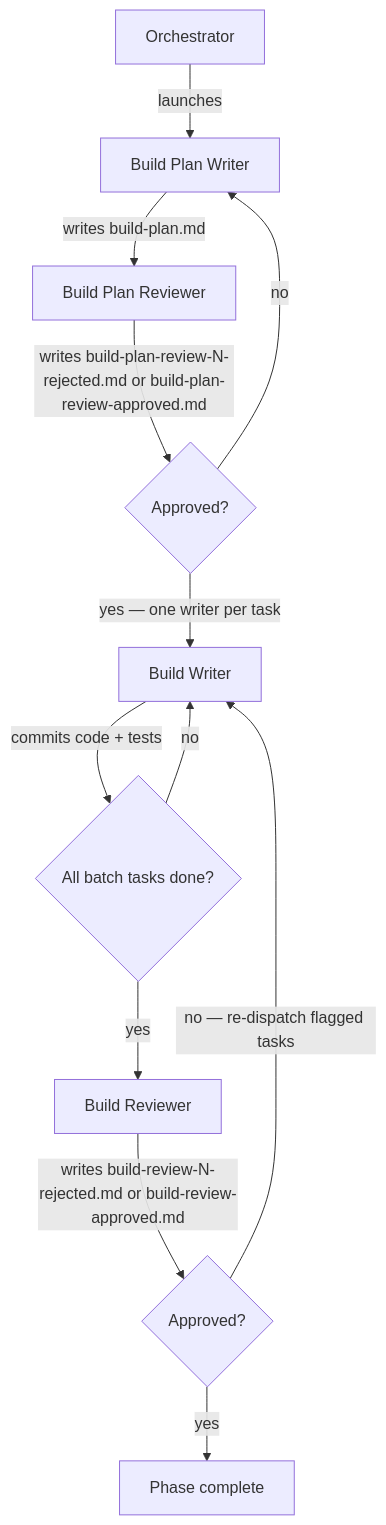
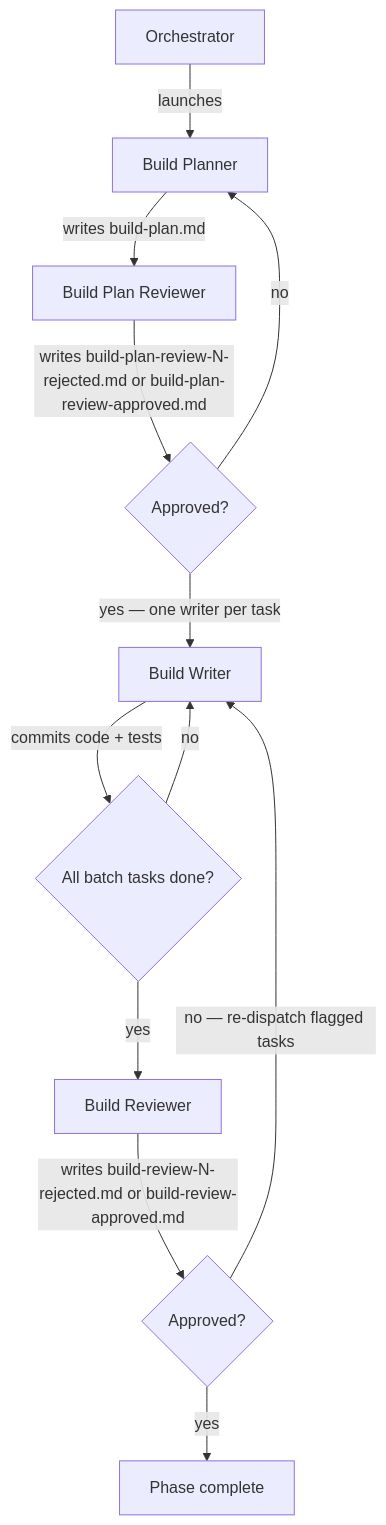
Before and after one commit to Automattic/radical-pipelines: the diagram in skills/radical-pipelines/reference/autonomous-phases/3 - build.md, drawn with Mermaid. The commit also changed 5 other files, not shown here.

````diff
--- a/skills/radical-pipelines/reference/autonomous-phases/3 - build.md
+++ b/skills/radical-pipelines/reference/autonomous-phases/3 - build.md
@@ -49,14 +49,14 @@
 ```mermaid
 flowchart TD
-    A[Orchestrator] -->|launches| B[Build Plan Writer]
+    A[Orchestrator] -->|launches| B[Build Planner]
     B -->|writes build-plan.md| C[Build Plan Reviewer]
     C -->|writes build-plan-review-N-rejected.md or build-plan-review-approved.md| D{Approved?}
     D -->|no| B
     D -->|yes — one writer per task| E[Build Writer]
     E -->|commits code + tests| F{All batch tasks done?}
     F -->|no| E
     F -->|yes| G[Build Reviewer]
     G -->|writes build-review-N-rejected.md or build-review-approved.md| H{Approved?}
     H -->|no — re-dispatch flagged tasks| E
     H -->|yes| I[Phase complete]
 ```
````
